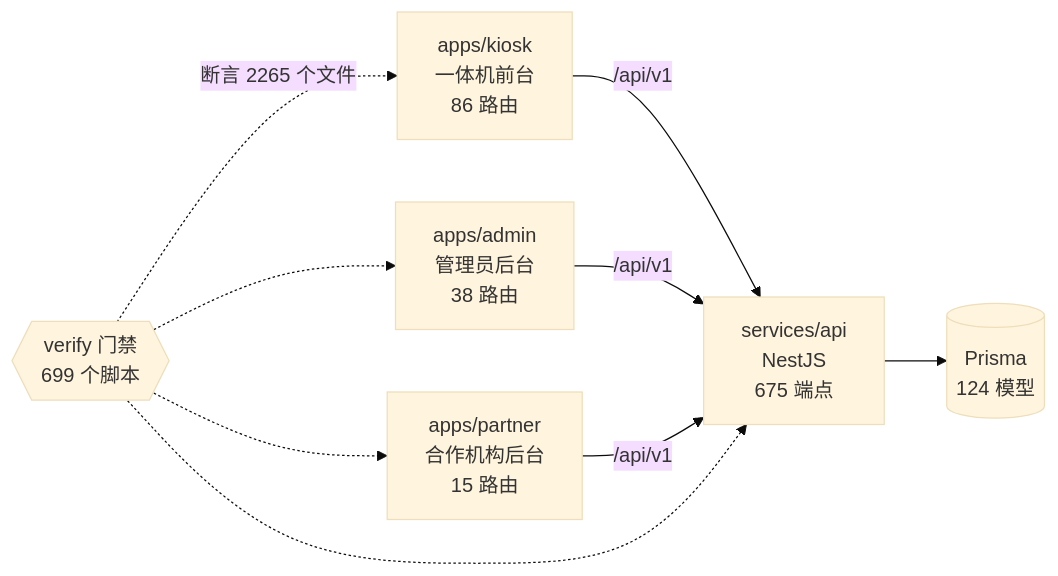
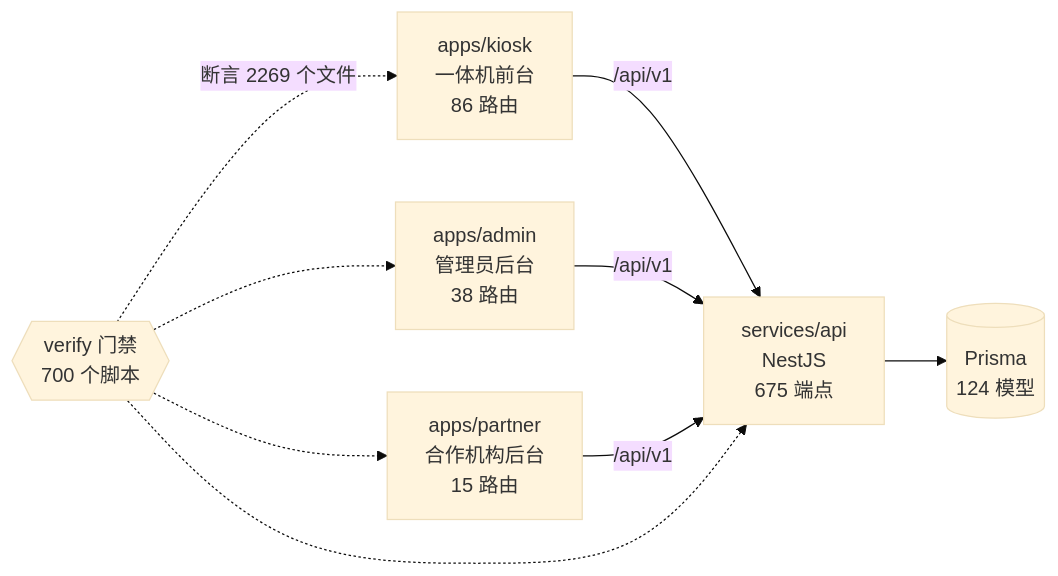
Before and after one commit to wanglei581/YITIJI: the diagram in docs/graph/README.md, drawn with Mermaid (base theme). The commit also changed other lines of this file and 2 other files, not shown here.

Commit message:
合并车 D：车尾图谱按合并后的代码重生

````diff
--- a/docs/graph/README.md
+++ b/docs/graph/README.md
@@ -68,18 +68,18 @@
 ```mermaid
 flowchart LR
   kiosk["apps/kiosk<br/>一体机前台<br/>86 路由"]
   admin["apps/admin<br/>管理员后台<br/>38 路由"]
   partner["apps/partner<br/>合作机构后台<br/>15 路由"]
   api["services/api<br/>NestJS<br/>675 端点"]
   db[("Prisma<br/>124 模型")]
-  gates{{"verify 门禁<br/>699 个脚本"}}
+  gates{{"verify 门禁<br/>700 个脚本"}}
 
   kiosk -->|"/api/v1"| api
   admin -->|"/api/v1"| api
   partner -->|"/api/v1"| api
   api --> db
-  gates -.->|"断言 2265 个文件"| kiosk
+  gates -.->|"断言 2269 个文件"| kiosk
   gates -.-> admin
   gates -.-> partner
   gates -.-> api
 ```
````
